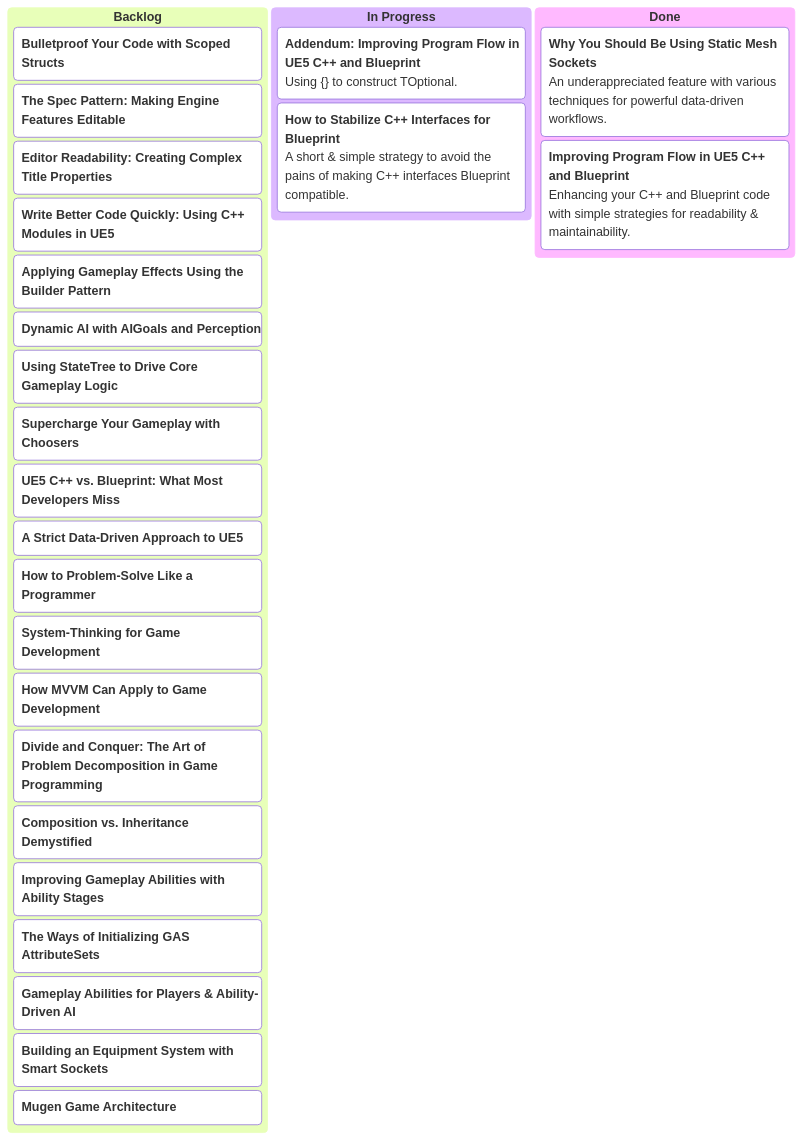
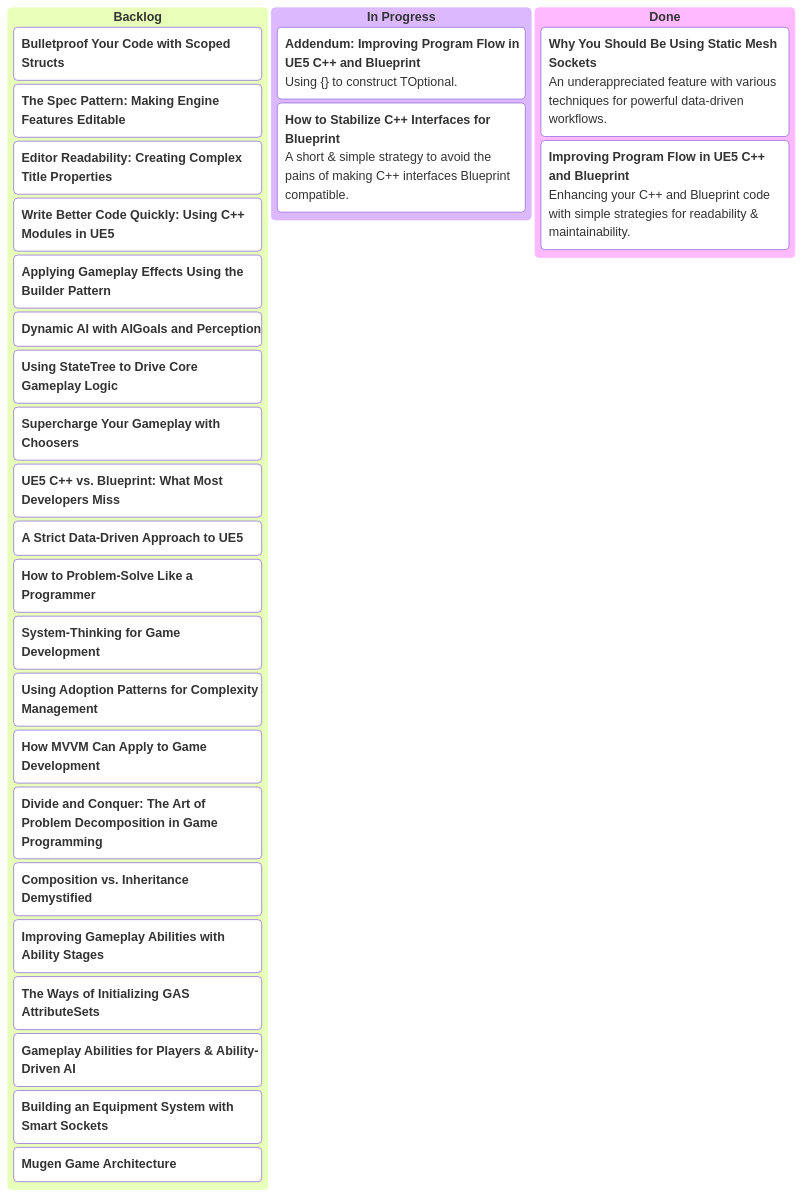
The diagram in kanban.md (mugenmelon/mugenmelon.github.io), drawn with Mermaid before and after one commit.

```diff
--- a/kanban.md
+++ b/kanban.md
@@ -8,40 +8,41 @@
 <pre class="mermaid">
 ---
 config:
     kanban:
         sectionWidth: 333
 ---
 kanban
     ["`**Backlog**`"]
         ["`**Bulletproof Your Code with Scoped Structs**`"]
         ["`**The Spec Pattern: Making Engine Features Editable**`"]
         ["`**Editor Readability: Creating Complex Title Properties**`"]
         ["`**Write Better Code Quickly: Using C++ Modules in UE5**`"]
         ["`**Applying Gameplay Effects Using the Builder Pattern**`"]
         ["`**Dynamic AI with AIGoals and Perception**`"]
         ["`**Using StateTree to Drive Core Gameplay Logic**`"]
         ["`**Supercharge Your Gameplay with Choosers**`"]
         
         ["`**UE5 C++ vs. Blueprint: What Most Developers Miss**`"]
         ["`**A Strict Data-Driven Approach to UE5**`"]
         ["`**How to Problem-Solve Like a Programmer**`"]
         ["`**System-Thinking for Game Development**`"]
+        ["`**Using Adoption Patterns for Complexity Management**`"]
         ["`**How MVVM Can Apply to Game Development**`"]
         ["`**Divide and Conquer: The Art of Problem Decomposition in Game Programming**`"]
         ["`**Composition vs. Inheritance Demystified**`"]
         ["`**Improving Gameplay Abilities with Ability Stages**`"]
         ["`**The Ways of Initializing GAS AttributeSets**`"]
         ["`**Gameplay Abilities for Players & Ability-Driven AI**`"]
         ["`**Building an Equipment System with Smart Sockets**`"]
         ["`**Mugen Game Architecture**`"]
     ["`**In Progress**`"]
         ["`**Addendum: Improving Program Flow in UE5 C++ and Blueprint**
             Using {} to construct TOptional.`"]
         ["`**How to Stabilize C++ Interfaces for Blueprint**
             A short & simple strategy to avoid the pains of making C++ interfaces Blueprint compatible.`"]
     ["`**Done**`"]
         ["`**Why You Should Be Using Static Mesh Sockets**
             An underappreciated feature with various techniques for powerful data-driven workflows.`"]
         ["`**Improving Program Flow in UE5 C++ and Blueprint**
             Enhancing your C++ and Blueprint code with simple strategies for readability & maintainability.`"]
 </pre>
```
